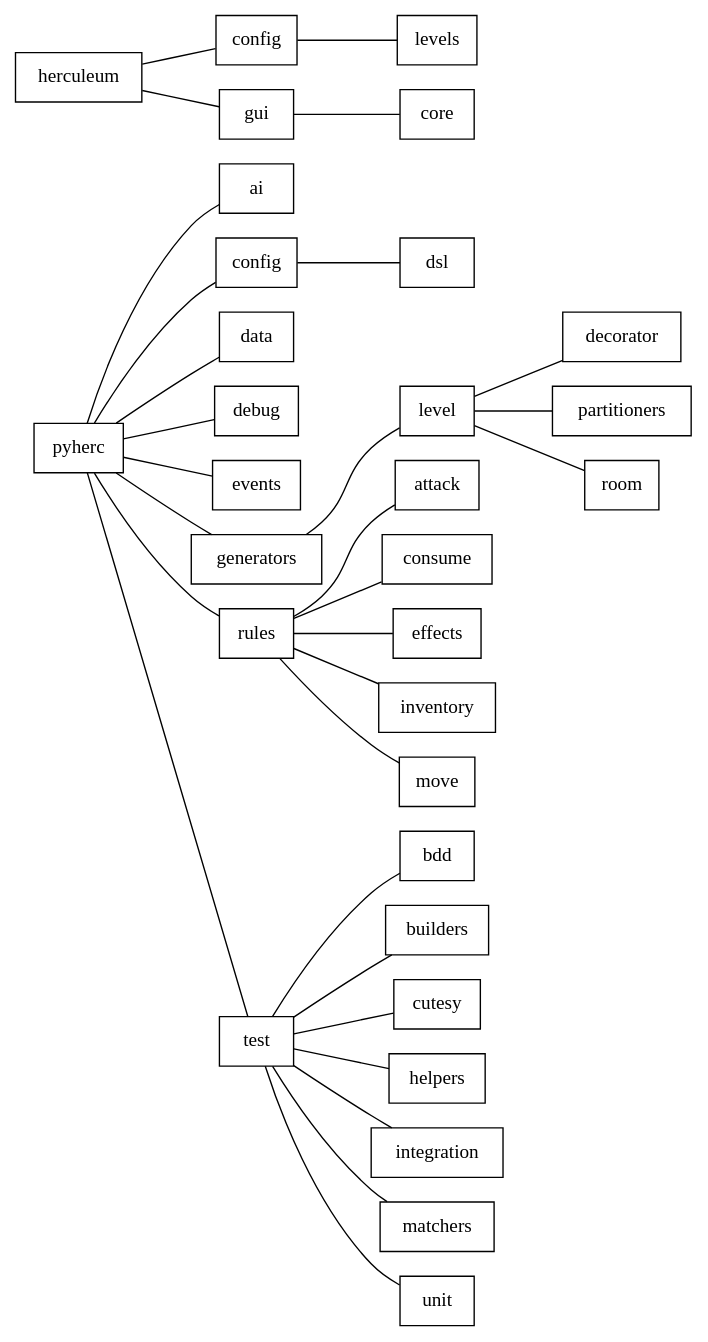
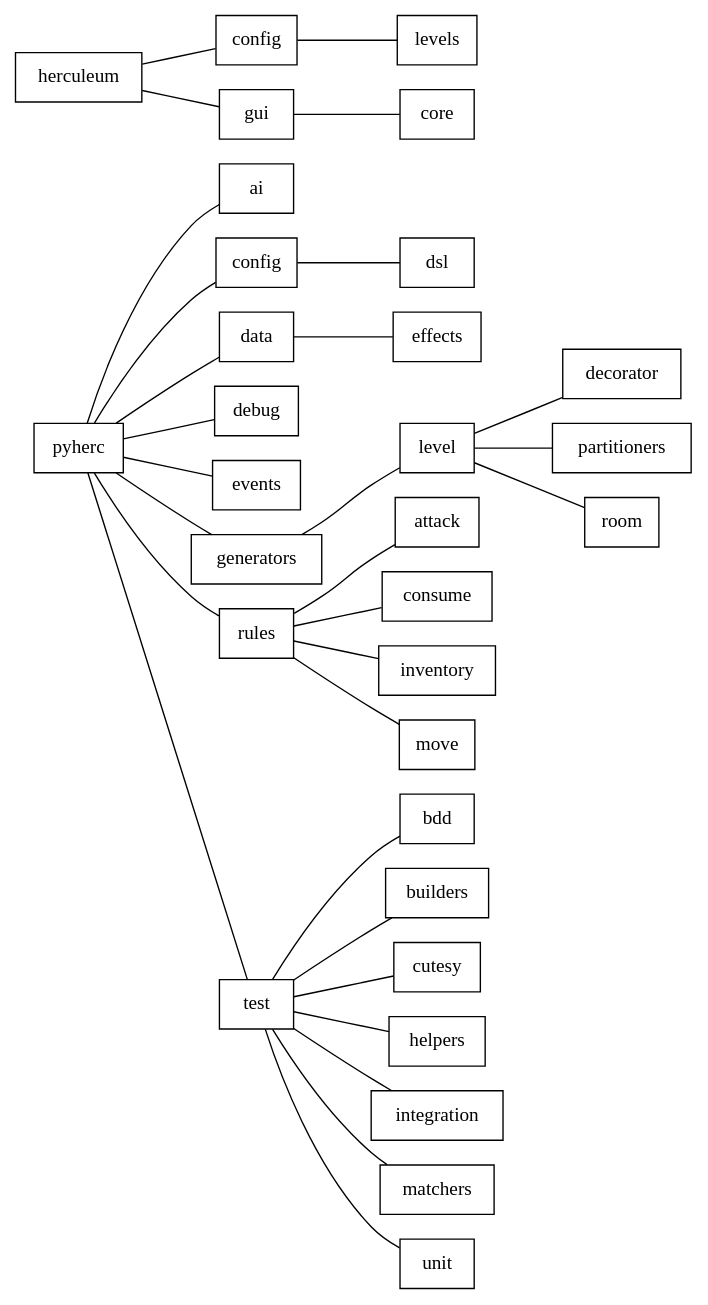
Before and after one commit to tuturto/pyherc: the diagram in doc/api/source/module_descriptions.rst, drawn with Graphviz. The commit also changed 41 other files, not shown here.

Commit message:
moved pyherc.rules.effects to pyherc.data.effects moved effectsfactory to pyherc.generators

```diff
--- a/doc/api/source/module_descriptions.rst
+++ b/doc/api/source/module_descriptions.rst
@@ -10,63 +10,62 @@
 .. graphviz:: 
 
     digraph hierarchy {        
         rankdir=LR
         node[shape=box]
         edge[dir=forward, arrowtail=empty, arrowhead=none]
         pyherc
         ai
         config
         config_dsl[label="dsl"]
         data
+        data_effects[label="effects"]
         debug
         events
         generators
         generators_level[label="level"]
         generators_level_decorator[label="decorator"]
         generators_level_partitioners[label="partitioners"]
         generators_level_room[label="room"]
         rules
         rules_attack[label="attack"]
-        rules_consume[label="consume"]
-        rules_effects[label="effects"]
+        rules_consume[label="consume"]        
         rules_inventory[label="inventory"]
         rules_move[label="move"]
         test
         test_bdd[label="bdd"]
         test_builders[label="builders"]
         test_cutesy[label="cutesy"]
         test_helpers[label="helpers"]
         test_integration[label="integration"]
         test_matchers[label="matchers"]
         test_unit[label="unit"]
 
         herculeum
         herculeum_config[label="config"]
         herculeum_config_levels[label="levels"]
         herculeum_gui[label="gui"]
         herculeum_gui_core[label="core"]
         
         pyherc->ai
         pyherc->config->config_dsl
-        pyherc->data
+        pyherc->data->data_effects
         pyherc->debug
         pyherc->events
         pyherc->generators->generators_level->generators_level_decorator
         generators_level->generators_level_partitioners
         generators_level->generators_level_room
         pyherc->rules->rules_attack
         rules->rules_consume
-        rules->rules_effects
         rules->rules_inventory
         rules->rules_move
         pyherc->test->test_bdd
         test->test_builders
         test->test_cutesy
         test->test_helpers
         test->test_integration
         test->test_matchers
         test->test_unit
         
         herculeum->herculeum_config->herculeum_config_levels
         herculeum->herculeum_gui->herculeum_gui_core
     }
```
